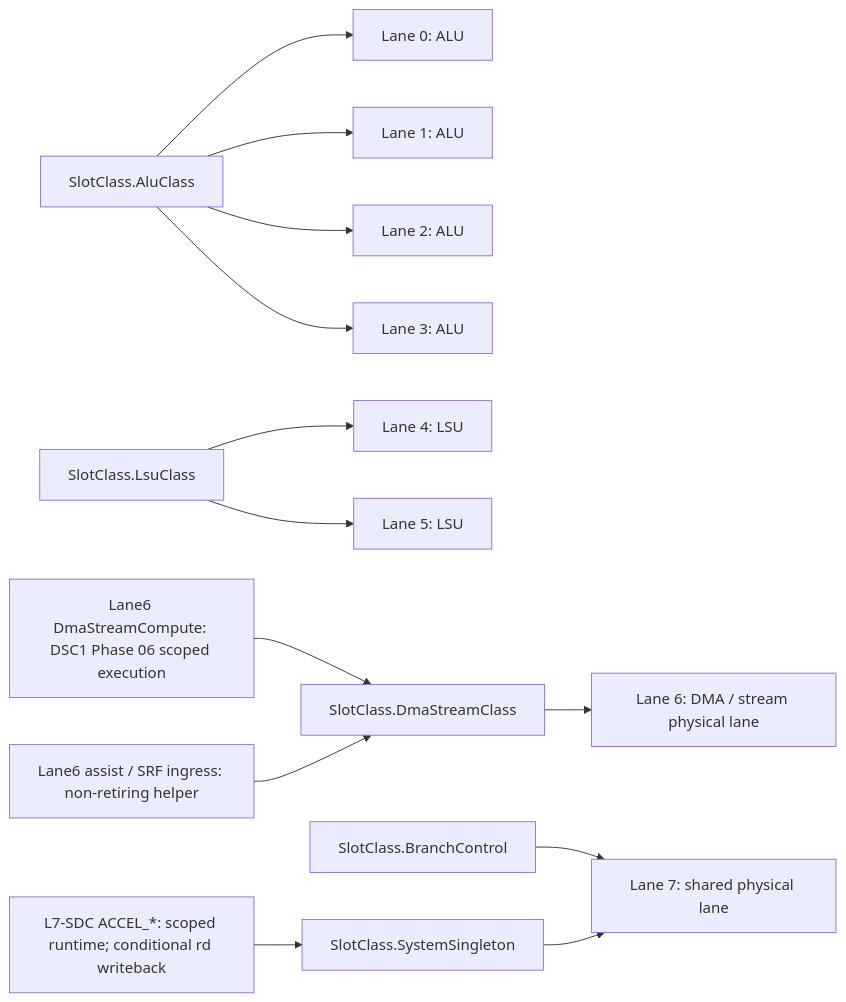
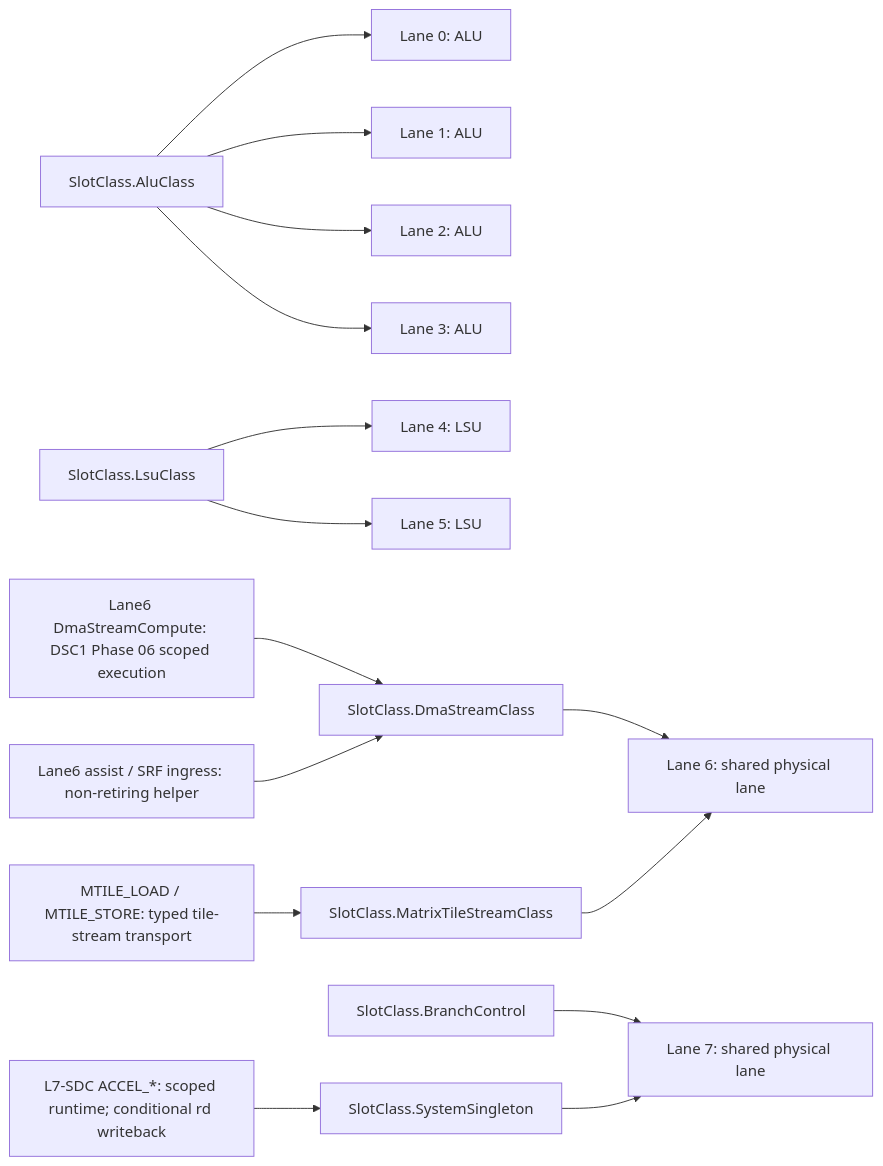
The first of 15 diagrams in README.md (yuriyyak23/HybridCPU-v2), drawn with Mermaid before and after one commit. The commit also changed other lines of this file and 315 other files, not shown here.

````diff
--- a/README.md
+++ b/README.md
@@ -224,15 +248,17 @@
 ```mermaid
 flowchart LR
     ALU["SlotClass.AluClass"] --> L0["Lane 0: ALU"]
     ALU --> L1["Lane 1: ALU"]
     ALU --> L2["Lane 2: ALU"]
     ALU --> L3["Lane 3: ALU"]
     LSU["SlotClass.LsuClass"] --> L4["Lane 4: LSU"]
     LSU --> L5["Lane 5: LSU"]
-    DMA["SlotClass.DmaStreamClass"] --> L6["Lane 6: DMA / stream physical lane"]
+    DMA["SlotClass.DmaStreamClass"] --> L6["Lane 6: shared physical lane"]
+    MTMEM["SlotClass.MatrixTileStreamClass"] --> L6
     DSC["Lane6 DmaStreamCompute: DSC1 Phase 06 scoped execution"] --> DMA
     ASSIST6["Lane6 assist / SRF ingress: non-retiring helper"] --> DMA
+    MTILE["MTILE_LOAD / MTILE_STORE: typed tile-stream transport"] --> MTMEM
     BR["SlotClass.BranchControl"] --> L7["Lane 7: shared physical lane"]
     SYS["SlotClass.SystemSingleton"] --> L7
     L7SDC["L7-SDC ACCEL_*: scoped runtime; conditional rd writeback"] --> SYS
 ```
````
